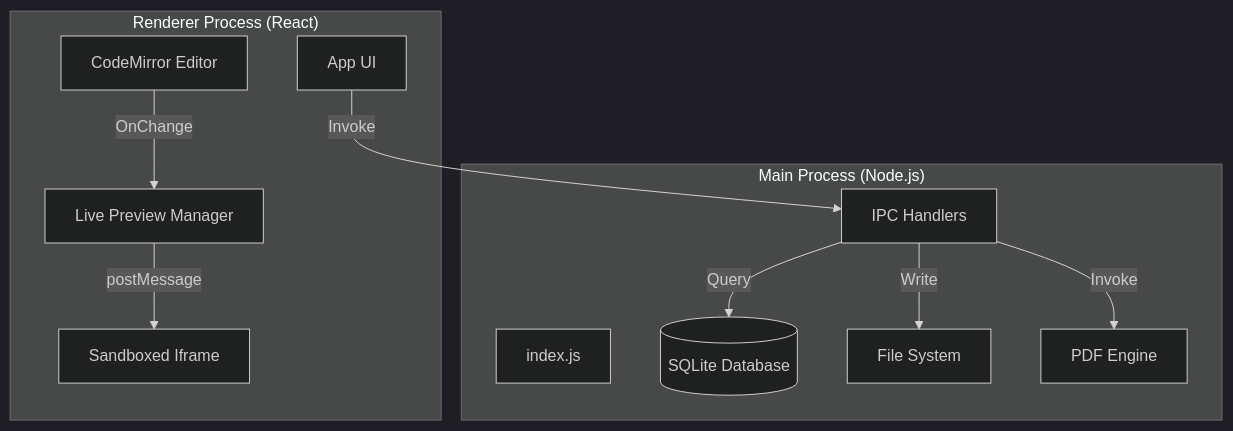
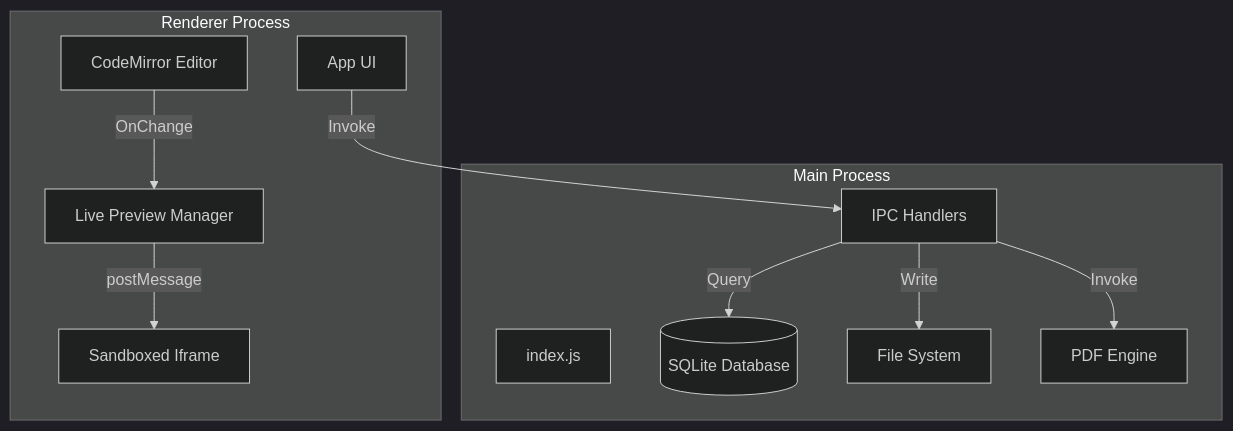
Before and after one commit to Saboor-Hamedi/dev-snippet: the first of 4 diagrams in notes/GUIDE.md, drawn with Mermaid (dark theme). The commit also changed other lines of this file and 40 other files, not shown here.

Commit message:
I have added 2 modes flow mode and zen mode, both are workign seemlesly perfect.

````diff
--- a/notes/GUIDE.md
+++ b/notes/GUIDE.md
@@ -57,25 +69,25 @@
 ```mermaid
 graph TD
-    subgraph "Main Process (Node.js)"
-        Main[index.js]
+    subgraph "Main Process"
+        Main["index.js"]
         IPC[IPC Handlers]
         DB[(SQLite Database)]
         FS[File System]
         Export[PDF Engine]
     end
 
-    subgraph "Renderer Process (React)"
+    subgraph "Renderer Process"
         UI[App UI]
         Editor[CodeMirror Editor]
         Preview[Live Preview Manager]
         Sandbox[Sandboxed Iframe]
     end
 
     UI -->|Invoke| IPC
     IPC -->|Query| DB
     IPC -->|Write| FS
     IPC -->|Invoke| Export
 
     Editor -->|OnChange| Preview
     Preview -->|postMessage| Sandbox
 ```
````
